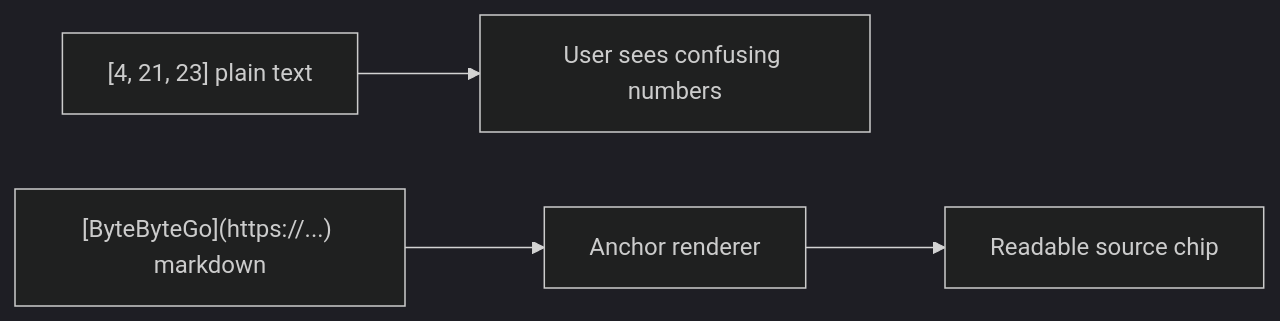
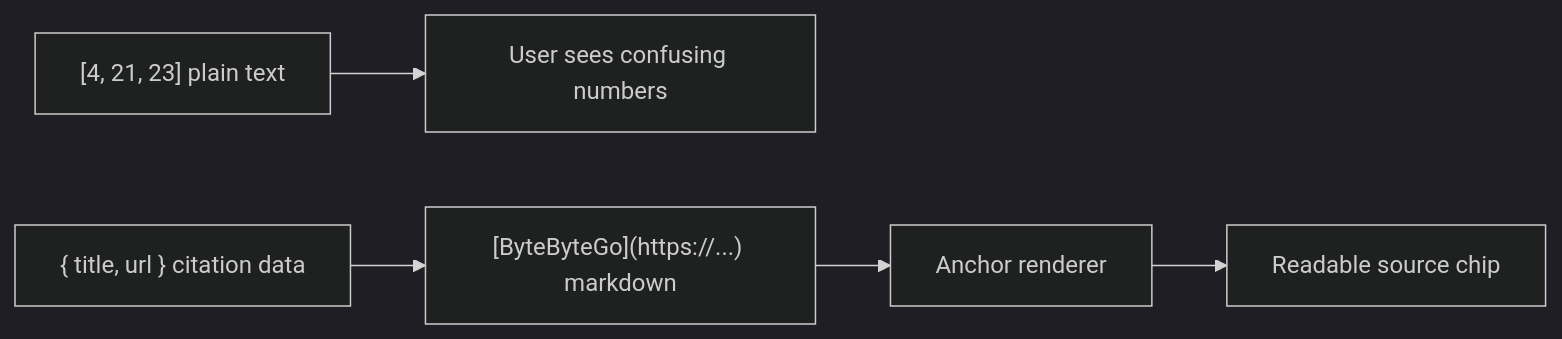
One commit to nakafaai/nakafa.com changed the second of 2 diagrams in packages/ai/agents/docs/research-citations.md. Above: the diagram before and after it, drawn with Mermaid (dark theme). The commit also changed other lines of this file and 81 other files, not shown here.

Commit message:
Refactor AI research citations and search flows

````diff
--- a/packages/ai/agents/docs/research-citations.md
+++ b/packages/ai/agents/docs/research-citations.md
@@ -38,6 +45,7 @@
 ```mermaid
 flowchart LR
   Plain["[4, 21, 23] plain text"] --> Broken["User sees confusing numbers"]
-  Link["[ByteByteGo](https://...) markdown"] --> Anchor["Anchor renderer"]
+  Data["{ title, url } citation data"] --> Link["[ByteByteGo](https://...) markdown"]
+  Link --> Anchor["Anchor renderer"]
   Anchor --> Chip["Readable source chip"]
 ```
````
